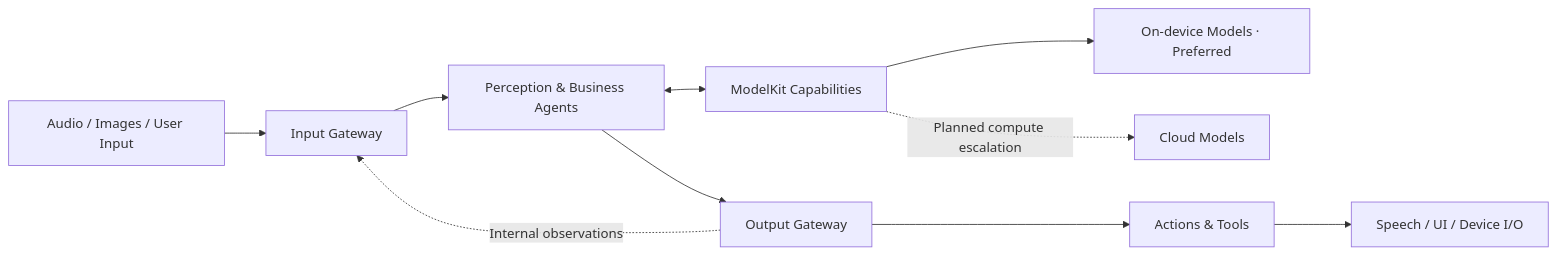
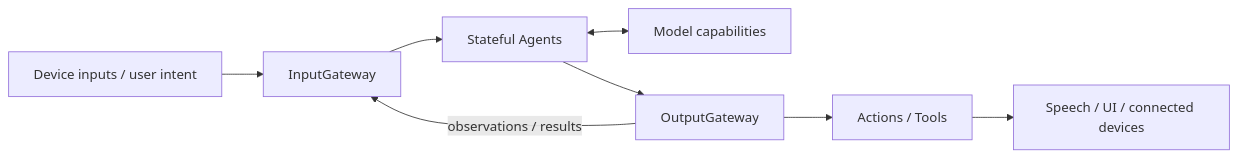
One commit to devilyouwei/MobileHarness changed the diagram in README.md. Above: the diagram before and after it, drawn with Mermaid. The commit also changed other lines of this file and 15 other files, not shown here.

````diff
--- a/README.md
+++ b/README.md
@@ -87,12 +21,10 @@
 ```mermaid
 flowchart LR
-    Input[Audio / Images / User Input] --> Gateway[Input Gateway]
-    Gateway --> Agents[Perception & Business Agents]
-    Agents <--> Models[ModelKit Capabilities]
-    Models --> Local[On-device Models · Preferred]
-    Models -. Planned compute escalation .-> Cloud[Cloud Models]
-    Agents --> Output[Output Gateway]
-    Output --> Execution[Actions & Tools]
-    Execution --> Views[Speech / UI / Device I/O]
-    Output -. Internal observations .-> Gateway
+    Devices[Device inputs / user intent] --> Input[InputGateway]
+    Input --> Agents[Stateful Agents]
+    Agents <--> Models[Model capabilities]
+    Agents --> Output[OutputGateway]
+    Output --> Behaviors[Actions / Tools]
+    Behaviors --> Effects[Speech / UI / connected devices]
+    Output -->|observations / results| Input
 ```
````
